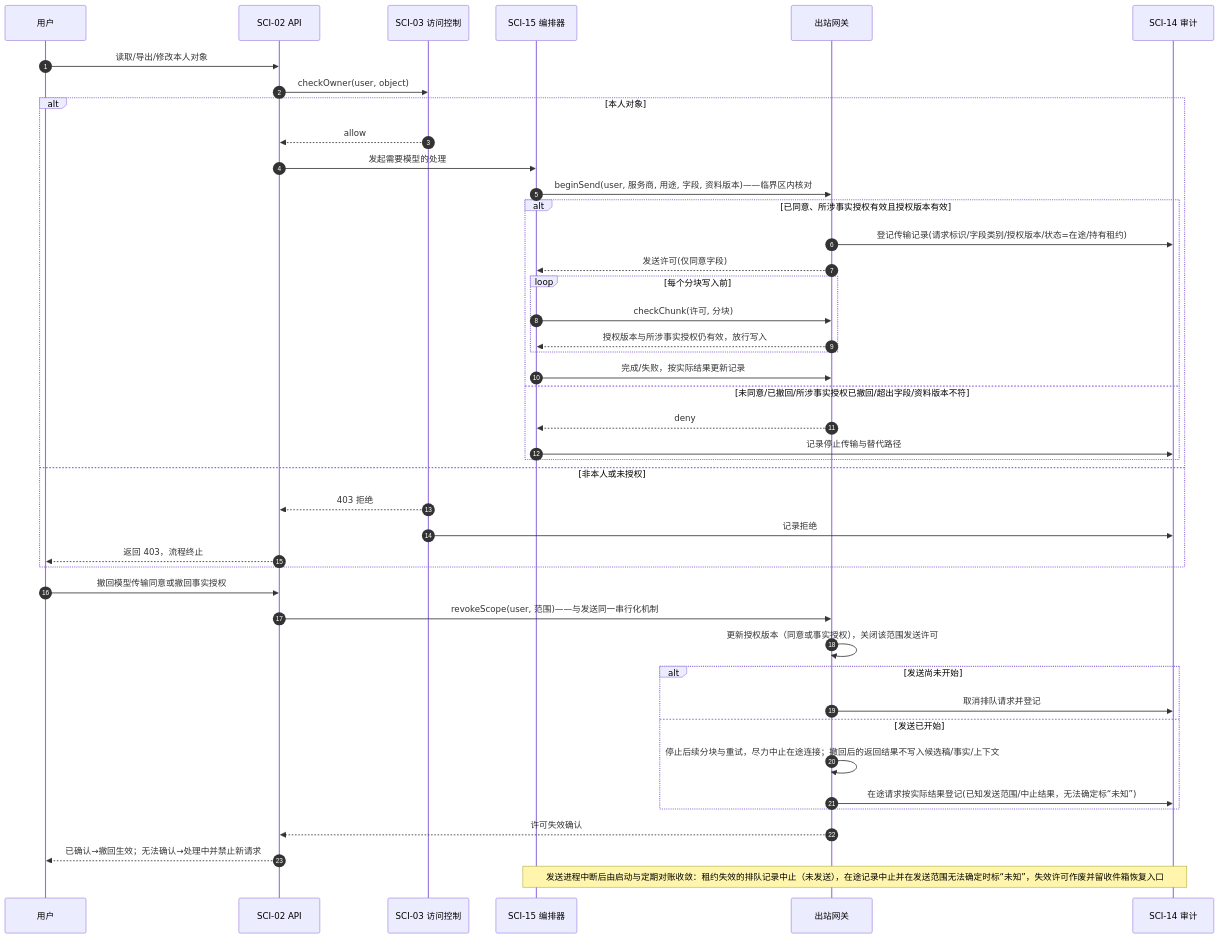
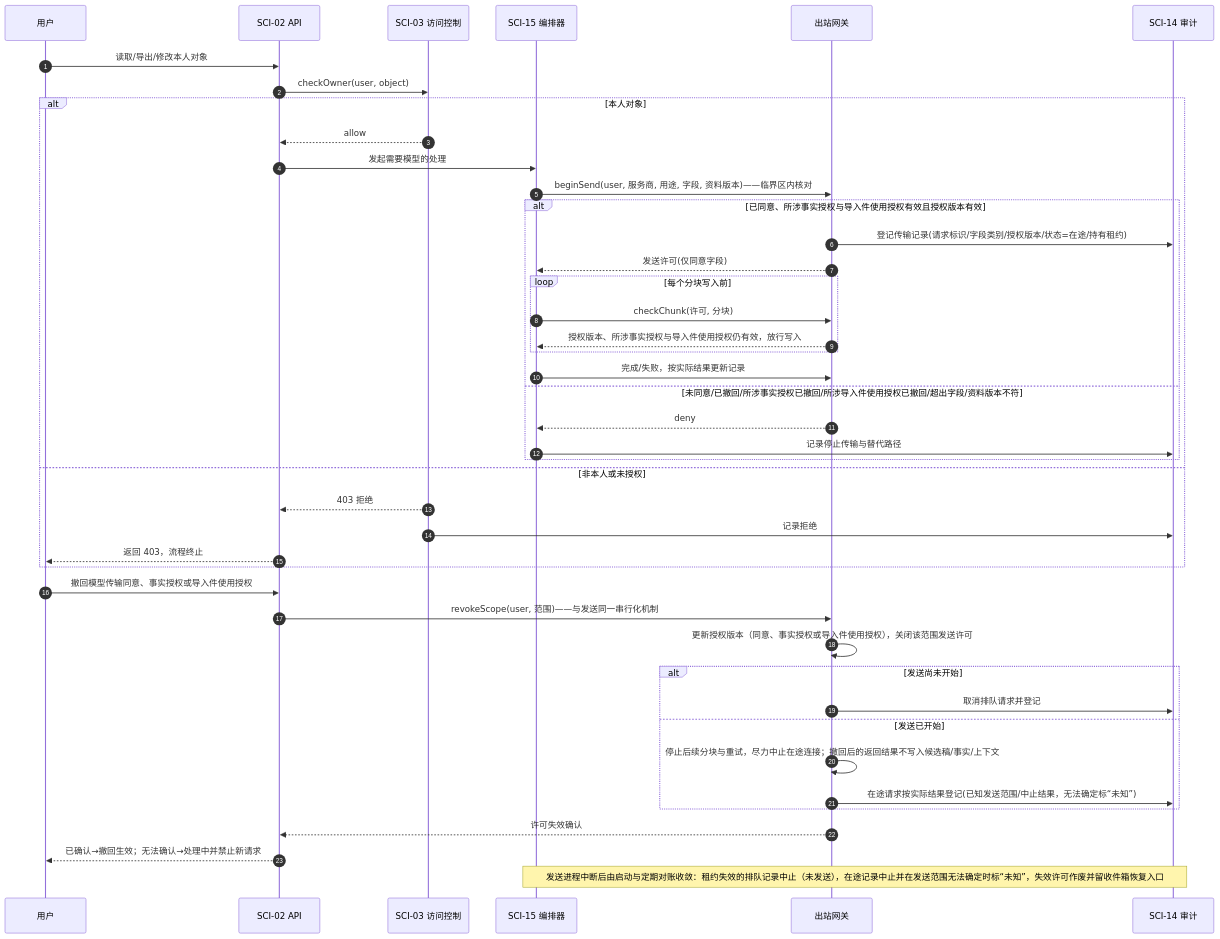
Diagram 18 of 23 in docs/design/system-design/offerpilot-system-design.md (LotteryCamp/OfferPilot), drawn with Mermaid before and after one commit. The commit also changed other lines of this file, not shown here.

````diff
--- a/docs/design/system-design/offerpilot-system-design.md
+++ b/docs/design/system-design/offerpilot-system-design.md
@@ -1513,45 +1514,45 @@
 ```mermaid
 sequenceDiagram
     autonumber
     participant USR as 用户
     participant API as SCI-02 API
     participant AU as SCI-03 访问控制
     participant AG as SCI-15 编排器
     participant GW as 出站网关
     participant AUD as SCI-14 审计
     USR->>API: 读取/导出/修改本人对象
     API->>AU: checkOwner(user, object)
     alt 本人对象
         AU-->>API: allow
         API->>AG: 发起需要模型的处理
         AG->>GW: beginSend(user, 服务商, 用途, 字段, 资料版本)——临界区内核对
-        alt 已同意、所涉事实授权有效且授权版本有效
+        alt 已同意、所涉事实授权与导入件使用授权有效且授权版本有效
             GW->>AUD: 登记传输记录(请求标识/字段类别/授权版本/状态=在途/持有租约)
             GW-->>AG: 发送许可(仅同意字段)
             loop 每个分块写入前
                 AG->>GW: checkChunk(许可, 分块)
-                GW-->>AG: 授权版本与所涉事实授权仍有效，放行写入
+                GW-->>AG: 授权版本、所涉事实授权与导入件使用授权仍有效，放行写入
             end
             AG->>GW: 完成/失败，按实际结果更新记录
-        else 未同意/已撤回/所涉事实授权已撤回/超出字段/资料版本不符
+        else 未同意/已撤回/所涉事实授权已撤回/所涉导入件使用授权已撤回/超出字段/资料版本不符
             GW-->>AG: deny
             AG->>AUD: 记录停止传输与替代路径
         end
     else 非本人或未授权
         AU-->>API: 403 拒绝
         AU->>AUD: 记录拒绝
         API-->>USR: 返回 403，流程终止
     end
-    USR->>API: 撤回模型传输同意或撤回事实授权
+    USR->>API: 撤回模型传输同意、事实授权或导入件使用授权
     API->>GW: revokeScope(user, 范围)——与发送同一串行化机制
-    GW->>GW: 更新授权版本（同意或事实授权），关闭该范围发送许可
+    GW->>GW: 更新授权版本（同意、事实授权或导入件使用授权），关闭该范围发送许可
     alt 发送尚未开始
         GW->>AUD: 取消排队请求并登记
     else 发送已开始
         GW->>GW: 停止后续分块与重试，尽力中止在途连接；撤回后的返回结果不写入候选稿/事实/上下文
         GW->>AUD: 在途请求按实际结果登记(已知发送范围/中止结果，无法确定标“未知”)
     end
     GW-->>API: 许可失效确认
     API-->>USR: 已确认→撤回生效；无法确认→处理中并禁止新请求
     note over AG,AUD: 发送进程中断后由启动与定期对账收敛：租约失效的排队记录中止（未发送），在途记录中止并在发送范围无法确定时标“未知”，失效许可作废并留收件箱恢复入口
 ```
````
